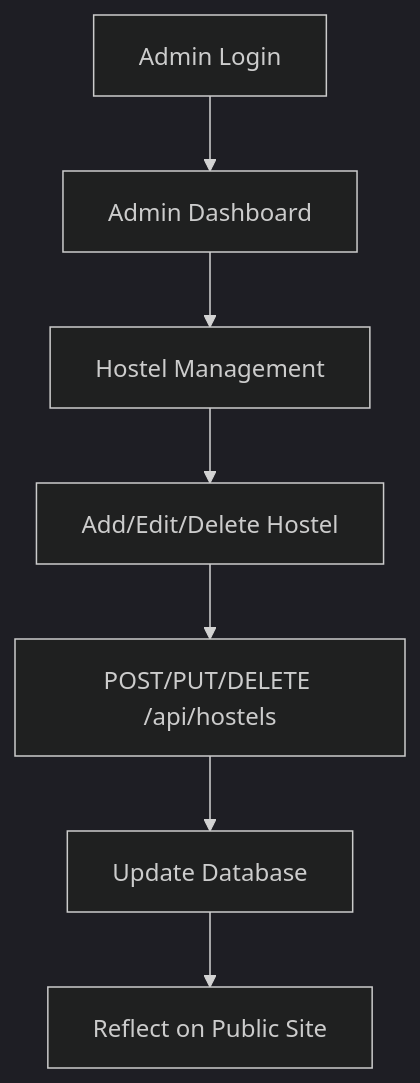
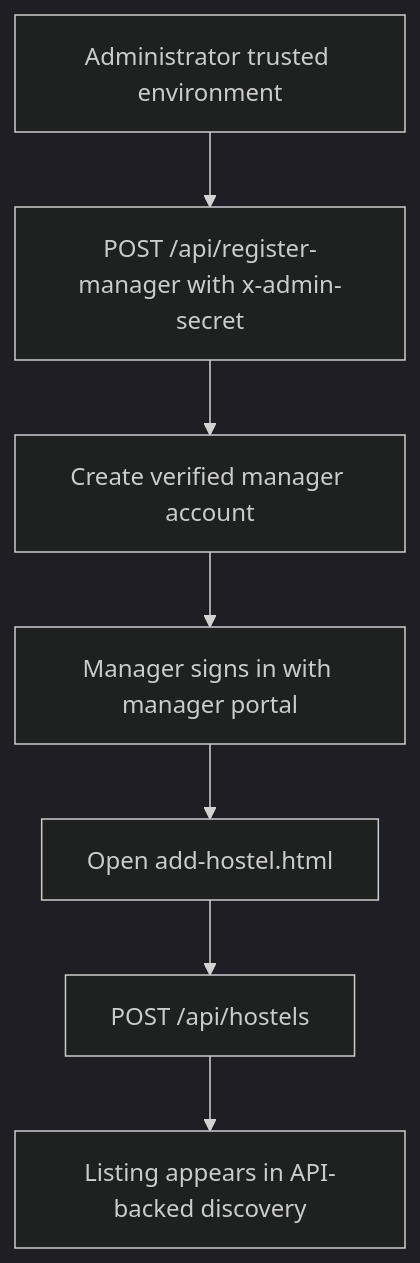
Before and after one commit to Zaps215/gctu-hostels-backend: diagram 13 of 13 in docs/04_USER_FLOW.md, drawn with Mermaid (dark theme). The commit also changed other lines of this file and 27 other files, not shown here.

````diff
--- a/docs/04_USER_FLOW.md
+++ b/docs/04_USER_FLOW.md
@@ -260,9 +262,9 @@
 ```mermaid
 graph TD
-    A[Admin Login] --> B[Admin Dashboard]
-    B --> C[Hostel Management]
-    C --> D[Add/Edit/Delete Hostel]
-    D --> E[POST/PUT/DELETE /api/hostels]
-    E --> F[Update Database]
-    F --> G[Reflect on Public Site]
+    A[Administrator trusted environment] --> B[POST /api/register-manager with x-admin-secret]
+    B --> C[Create verified manager account]
+    C --> D[Manager signs in with manager portal]
+    D --> E[Open add-hostel.html]
+    E --> F[POST /api/hostels]
+    F --> G[Listing appears in API-backed discovery]
 ```
````
